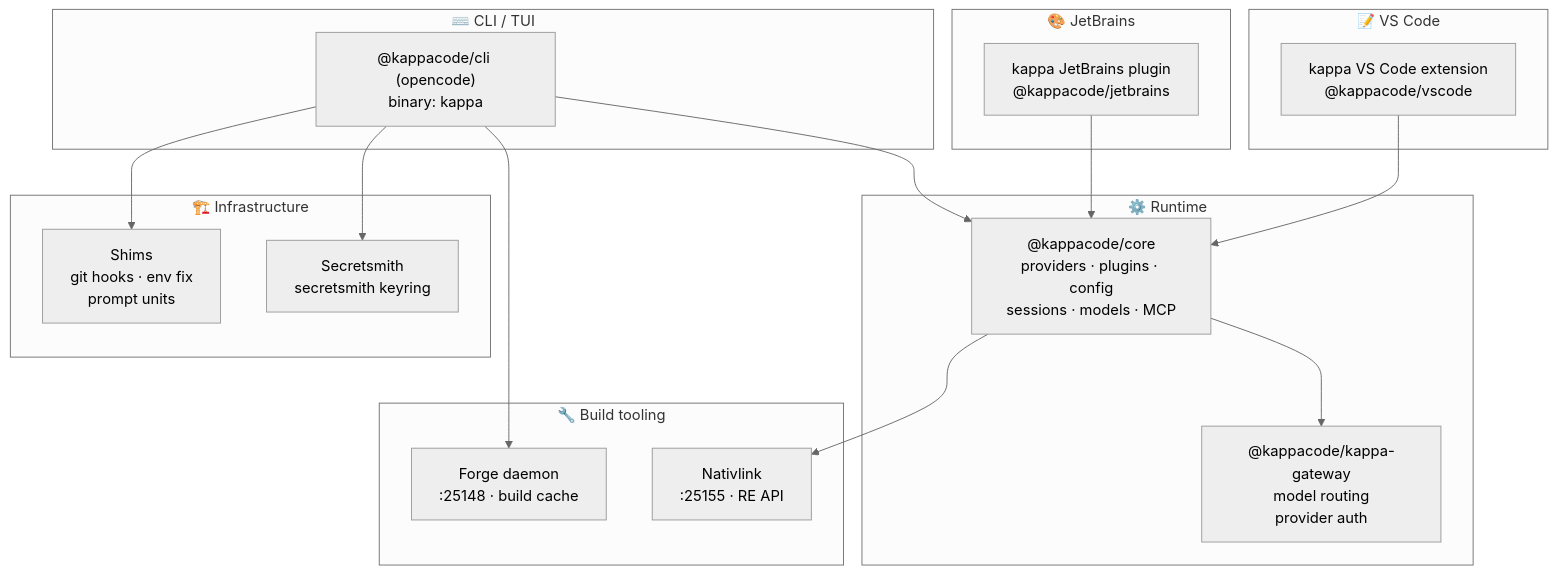
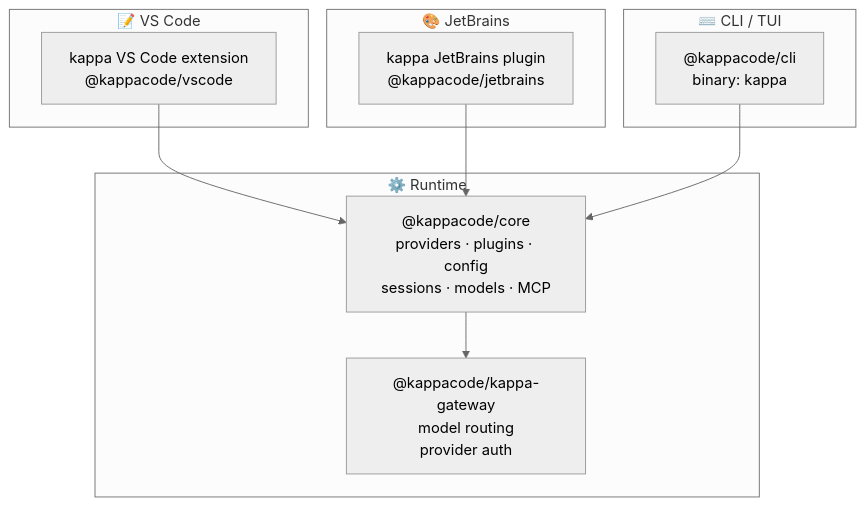
The diagram in README.md (toxicwind/The-kappa-engine-open-source-AI-coding-agent-runtime), drawn with Mermaid (neutral theme) before and after one commit. The commit also changed other lines of this file, not shown here.

````diff
--- a/README.md
+++ b/README.md
@@ -27,32 +27,20 @@
 ```mermaid
 flowchart TB
     subgraph vscode["📝 VS Code"]
         VSC["kappa VS Code extension\n@kappacode/vscode"]
     end
     subgraph jetbrains["🎨 JetBrains"]
         JB["kappa JetBrains plugin\n@kappacode/jetbrains"]
     end
     subgraph cli["⌨️ CLI / TUI"]
-        CLI["@kappacode/cli (opencode)\nbinary: kappa"]
+        CLI["@kappacode/cli\nbinary: kappa"]
     end
     subgraph runtime["⚙️ Runtime"]
         CORE["@kappacode/core\nproviders · plugins · config\nsessions · models · MCP"]
         GATE["@kappacode/kappa-gateway\nmodel routing\nprovider auth"]
     end
-    subgraph build["🔧 Build tooling"]
-        FORGE["Forge daemon\n:25148 · build cache"]
-        NL["Nativlink\n:25155 · RE API"]
-    end
-    subgraph infra["🏗️ Infrastructure"]
-        SM["Secretsmith\nsecretsmith keyring"]
-        SH["Shims\ngit hooks · env fix\nprompt units"]
-    end
     VSC --> CORE
     JB --> CORE
     CLI --> CORE
     CORE --> GATE
-    CLI --> FORGE
-    CORE --> NL
-    CLI --> SM
-    CLI --> SH
 ```
````
